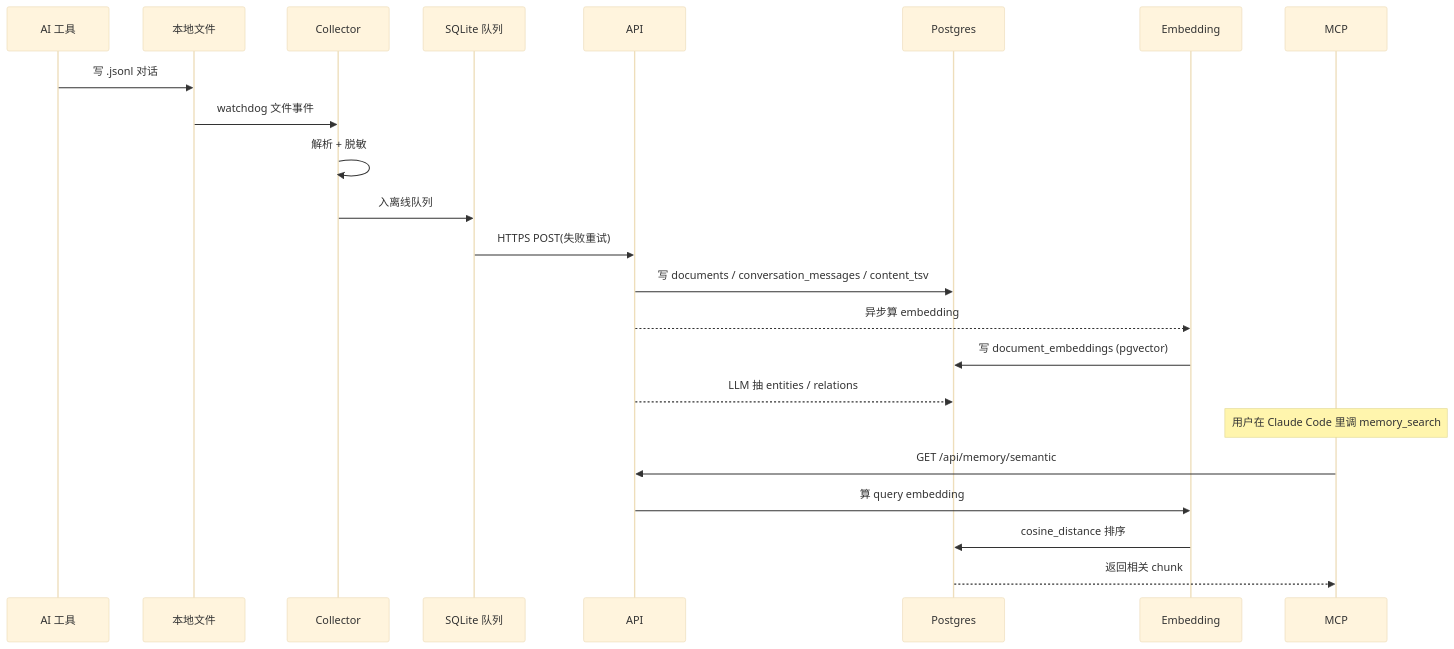
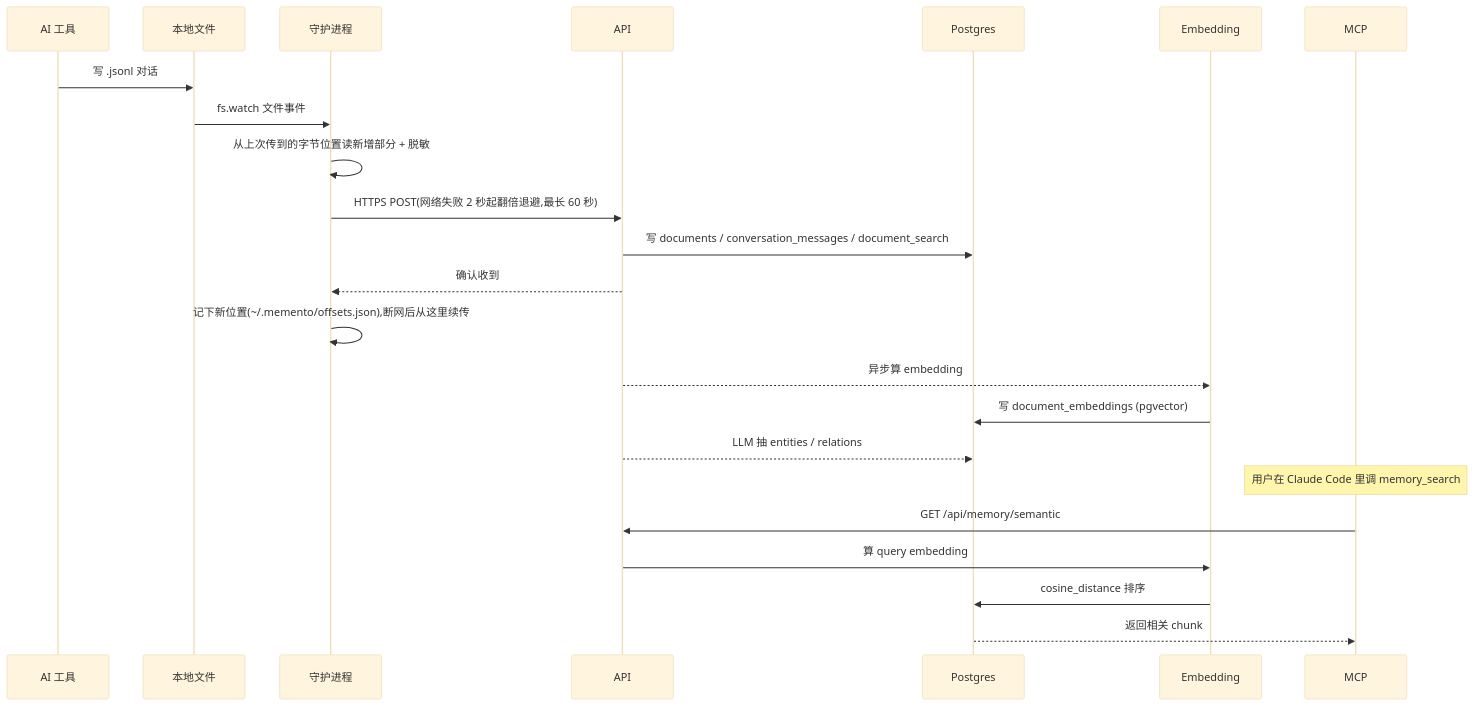
Before and after one commit to ddong8/memento: the second of 2 diagrams in README.md, drawn with Mermaid (base theme). The commit also changed other lines of this file and 3 other files, not shown here.

````diff
--- a/README.md
+++ b/README.md
@@ -134,26 +133,26 @@
 ```mermaid
 sequenceDiagram
     participant T as AI 工具
     participant W as 本地文件
-    participant C as Collector
-    participant Q as SQLite 队列
+    participant C as 守护进程
     participant A as API
     participant P as Postgres
     participant E as Embedding
     participant M as MCP
 
     T->>W: 写 .jsonl 对话
-    W->>C: watchdog 文件事件
-    C->>C: 解析 + 脱敏
-    C->>Q: 入离线队列
-    Q->>A: HTTPS POST(失败重试)
-    A->>P: 写 documents / conversation_messages / content_tsv
+    W->>C: fs.watch 文件事件
+    C->>C: 从上次传到的字节位置读新增部分 + 脱敏
+    C->>A: HTTPS POST(网络失败 2 秒起翻倍退避,最长 60 秒)
+    A->>P: 写 documents / conversation_messages / document_search
+    A-->>C: 确认收到
+    C->>C: 记下新位置(~/.memento/offsets.json),断网后从这里续传
     A-->>E: 异步算 embedding
     E->>P: 写 document_embeddings (pgvector)
     A-->>P: LLM 抽 entities / relations
     Note over M: 用户在 Claude Code 里调 memory_search
     M->>A: GET /api/memory/semantic
     A->>E: 算 query embedding
     E->>P: cosine_distance 排序
     P-->>M: 返回相关 chunk
 ```
````
